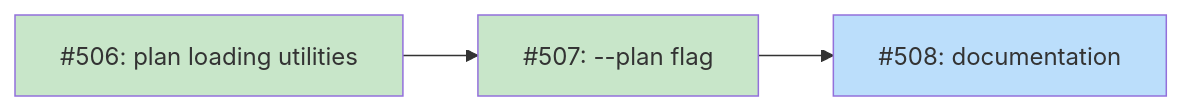
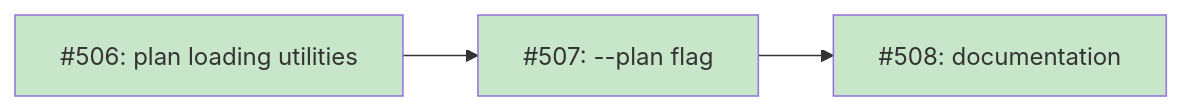
Before and after one commit to tsukumogami/tsuku: the diagram in docs/DESIGN-plan-based-installation.md, drawn with Mermaid. The commit also changed other lines of this file and 2 other files, not shown here.

Commit message:
docs: document plan-based installation workflow (#514)
## Summary

- Add comprehensive guide for plan-based installation
(`docs/GUIDE-plan-based-installation.md`)
- Add quick examples to README with link to full guide
- Update design doc status to "Current" with all issues marked done

Fixes #508

````diff
--- a/docs/DESIGN-plan-based-installation.md
+++ b/docs/DESIGN-plan-based-installation.md
@@ -21,18 +21,18 @@
 ```mermaid
 graph LR
     I506["#506: plan loading utilities"]
     I507["#507: --plan flag"]
     I508["#508: documentation"]
 
     I506 --> I507
     I507 --> I508
 
     classDef done fill:#c8e6c9
     classDef ready fill:#bbdefb
     classDef blocked fill:#fff9c4
     classDef needsDesign fill:#e1bee7
 
     class I506 done
     class I507 done
-    class I508 ready
+    class I508 done
 ```
````
